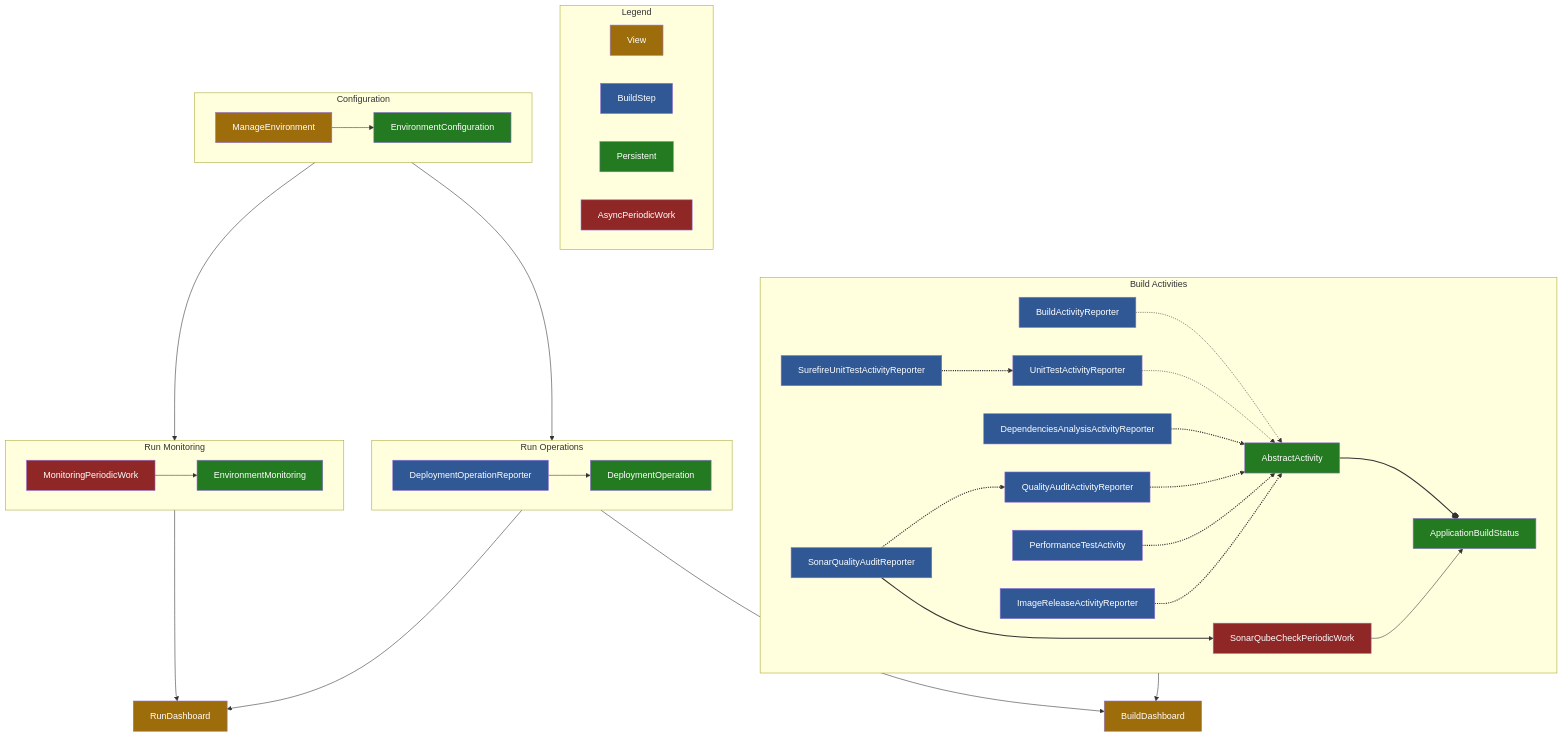
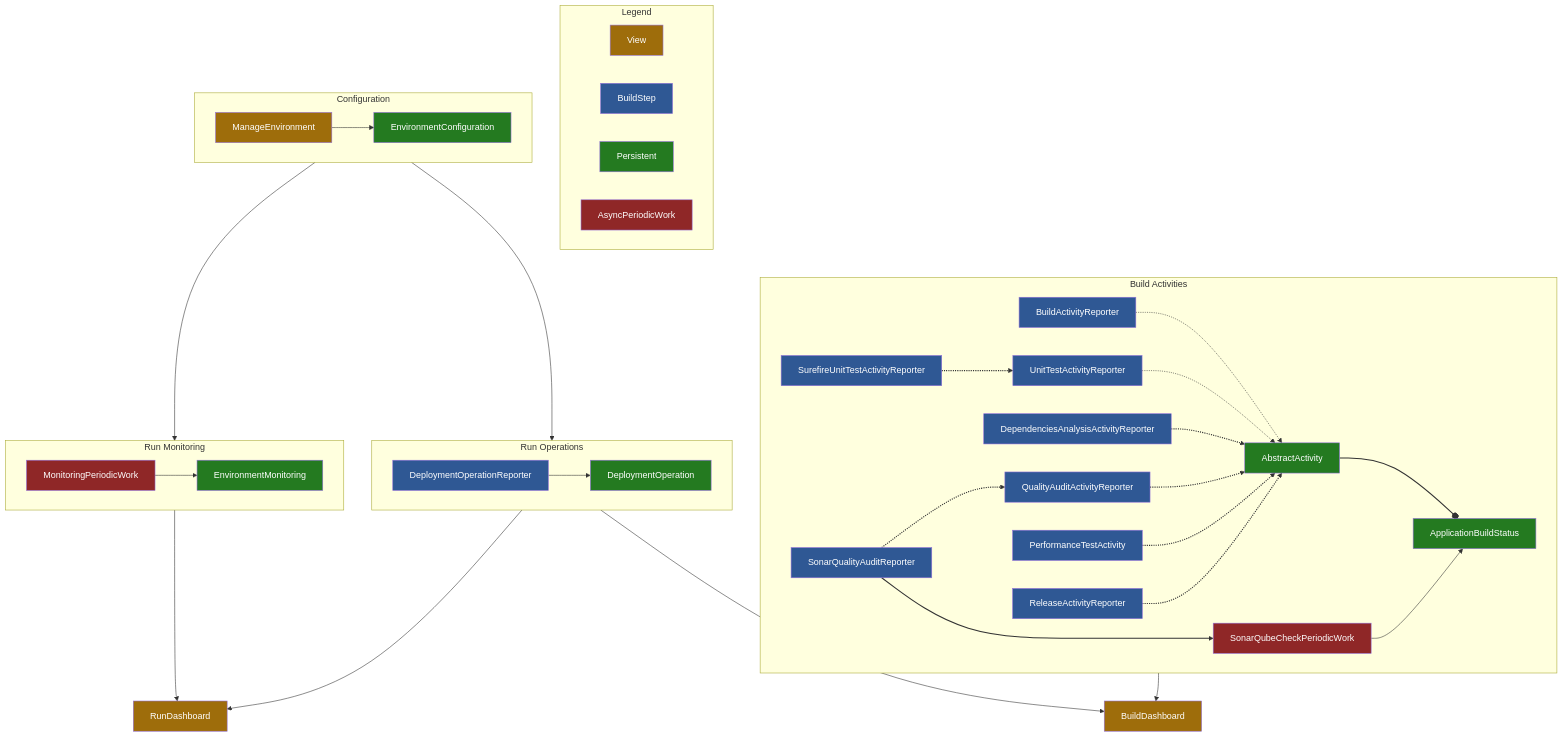
One commit to jenkinsci/devops-portal-plugin changed the diagram in README.md. Above: the diagram before and after it, drawn with Mermaid. The commit also changed other lines of this file, not shown here.

````diff
--- a/README.md
+++ b/README.md
@@ -378,49 +380,49 @@
 ```mermaid
 flowchart TD
 
     subgraph Legend
     View:::view
     BuildStep:::reporter
     Persistent:::entity
     AsyncPeriodicWork:::worker
     end
     
     subgraph Configuration
     ManageEnvironment:::view --> EnvironmentConfiguration:::entity
     end
     
     subgraph BuildActivities[Build Activities]
     BuildActivityReporter:::reporter -.-> AbstractActivity:::entity
     UnitTestActivityReporter:::reporter -.-> AbstractActivity:::entity
     SurefireUnitTestActivityReporter:::reporter -.-> UnitTestActivityReporter:::reporter
     DependenciesAnalysisActivityReporter:::reporter -.-> AbstractActivity:::entity
     QualityAuditActivityReporter:::reporter -.-> AbstractActivity:::entity
     SonarQualityAuditReporter:::reporter -.-> QualityAuditActivityReporter:::reporter
     PerformanceTestActivity:::reporter -.-> AbstractActivity:::entity
-    ImageReleaseActivityReporter:::reporter -.-> AbstractActivity:::entity
+    ReleaseActivityReporter:::reporter -.-> AbstractActivity:::entity
     AbstractActivity:::entity --o ApplicationBuildStatus:::entity
     SonarQualityAuditReporter:::reporter --> SonarQubeCheckPeriodicWork:::worker
     SonarQubeCheckPeriodicWork:::worker --> ApplicationBuildStatus:::entity
     end
 
     subgraph RunOperations[Run Operations]
     DeploymentOperationReporter:::reporter --> DeploymentOperation:::entity
     end
     
     subgraph RunMonitoring[Run Monitoring]
     MonitoringPeriodicWork:::worker --> EnvironmentMonitoring:::entity
     end
    
     Configuration --> RunOperations
     Configuration --> RunMonitoring
     RunOperations --> RunDashboard:::view
     RunMonitoring --> RunDashboard:::view
     BuildActivities --> BuildDashboard:::view
     RunOperations --> BuildDashboard:::view
     
     classDef view fill:#9e6d0b,color:#fff
     classDef reporter fill:#2f5894,color:#fff
     classDef entity fill:#247a20,color:#fff
     classDef worker fill:#8f2727,color:#fff
     linkStyle 3,4,5,6,7,8,9,10 stroke-width:2px,fill:none
 ```
````
